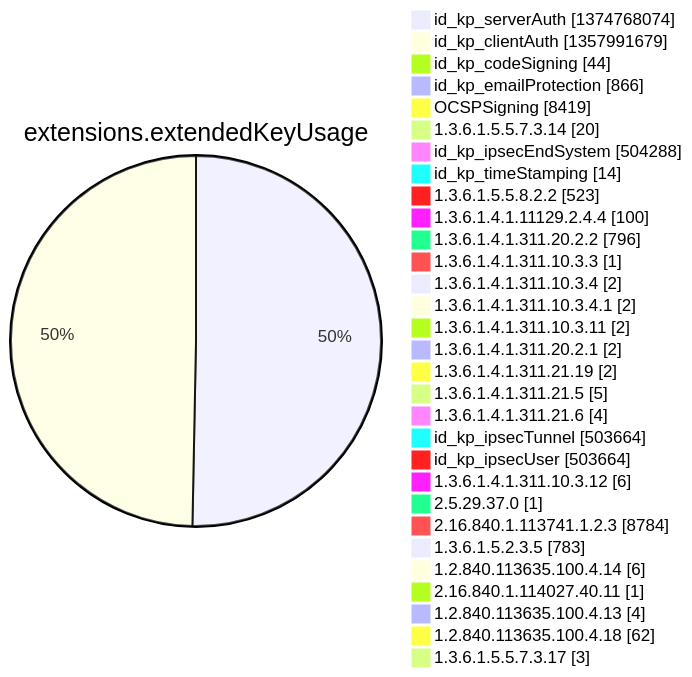
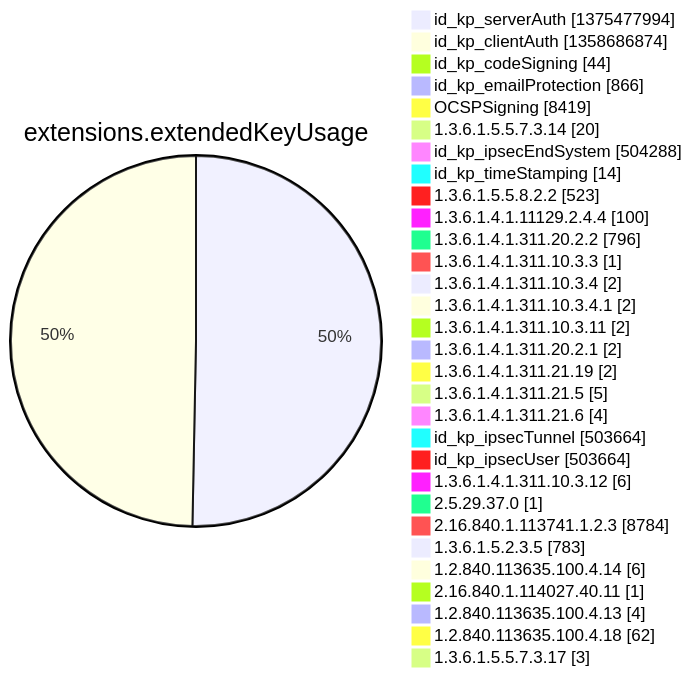
Before and after one commit to christiankrug/ctmonitor_visualization: diagram 12 of 15 in argon2022/README.md, drawn with Mermaid. The commit also changed other lines of this file, not shown here.

````diff
--- a/argon2022/README.md
+++ b/argon2022/README.md
@@ -3553,34 +3553,34 @@
 ```mermaid
 pie showData
 title extensions.extendedKeyUsage
-"id_kp_serverAuth" :1374768074
-"id_kp_clientAuth" :1357991679
+"id_kp_serverAuth" :1375477994
+"id_kp_clientAuth" :1358686874
 "id_kp_codeSigning" :44
 "id_kp_emailProtection" :866
 "OCSPSigning" :8419
 "1.3.6.1.5.5.7.3.14" :20
 "id_kp_ipsecEndSystem" :504288
 "id_kp_timeStamping" :14
 "1.3.6.1.5.5.8.2.2" :523
 "1.3.6.1.4.1.11129.2.4.4" :100
 "1.3.6.1.4.1.311.20.2.2" :796
 "1.3.6.1.4.1.311.10.3.3" :1
 "1.3.6.1.4.1.311.10.3.4" :2
 "1.3.6.1.4.1.311.10.3.4.1" :2
 "1.3.6.1.4.1.311.10.3.11" :2
 "1.3.6.1.4.1.311.20.2.1" :2
 "1.3.6.1.4.1.311.21.19" :2
 "1.3.6.1.4.1.311.21.5" :5
 "1.3.6.1.4.1.311.21.6" :4
 "id_kp_ipsecTunnel" :503664
 "id_kp_ipsecUser" :503664
 "1.3.6.1.4.1.311.10.3.12" :6
 "2.5.29.37.0" :1
 "2.16.840.1.113741.1.2.3" :8784
 "1.3.6.1.5.2.3.5" :783
 "1.2.840.113635.100.4.14" :6
 "2.16.840.1.114027.40.11" :1
 "1.2.840.113635.100.4.13" :4
 "1.2.840.113635.100.4.18" :62
 "1.3.6.1.5.5.7.3.17" :3
 ```
````
